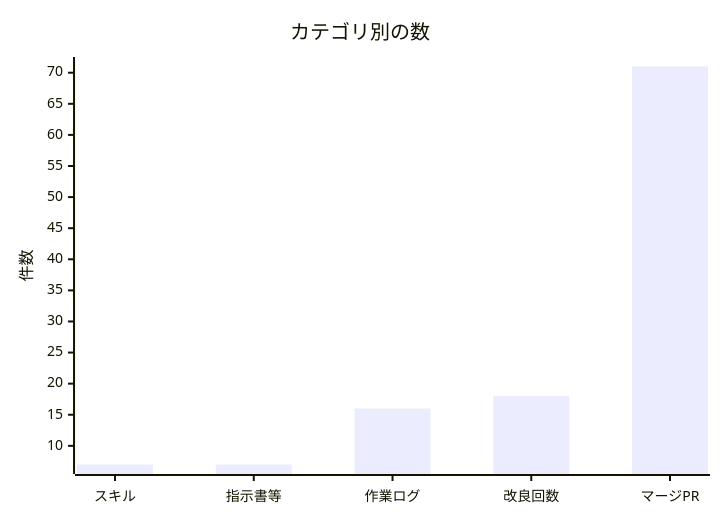
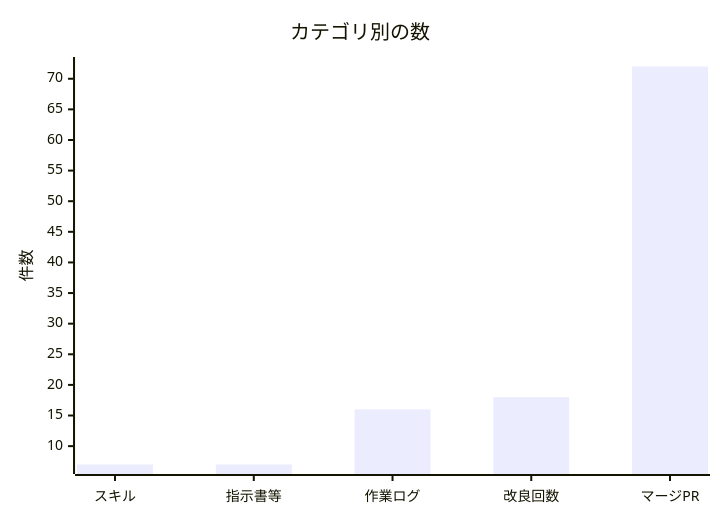
The second of 2 diagrams in docs/進化レポート.md (non-x2/non-x2), drawn with Mermaid before and after one commit. The commit also changed other lines of this file, not shown here.

````diff
--- a/docs/進化レポート.md
+++ b/docs/進化レポート.md
@@ -33,7 +33,7 @@
 ```mermaid
 xychart-beta
     title "カテゴリ別の数"
     x-axis ["スキル", "指示書等", "作業ログ", "改良回数", "マージPR"]
     y-axis "件数"
-    bar [7, 7, 16, 18, 71]
+    bar [7, 7, 16, 18, 72]
 ```
````
